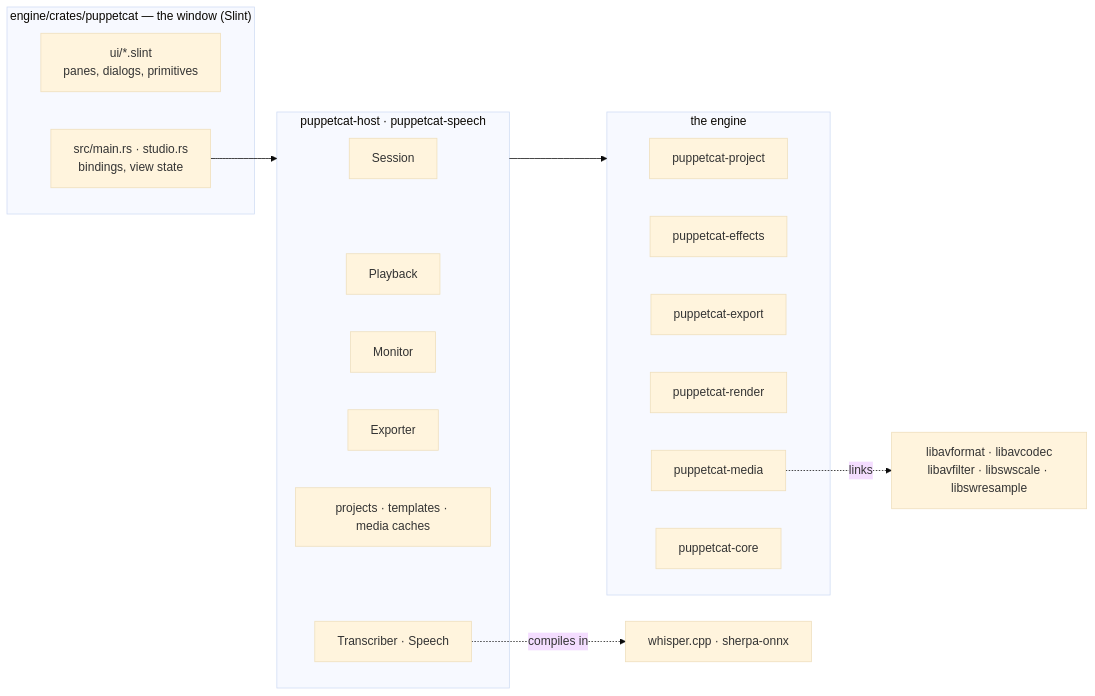
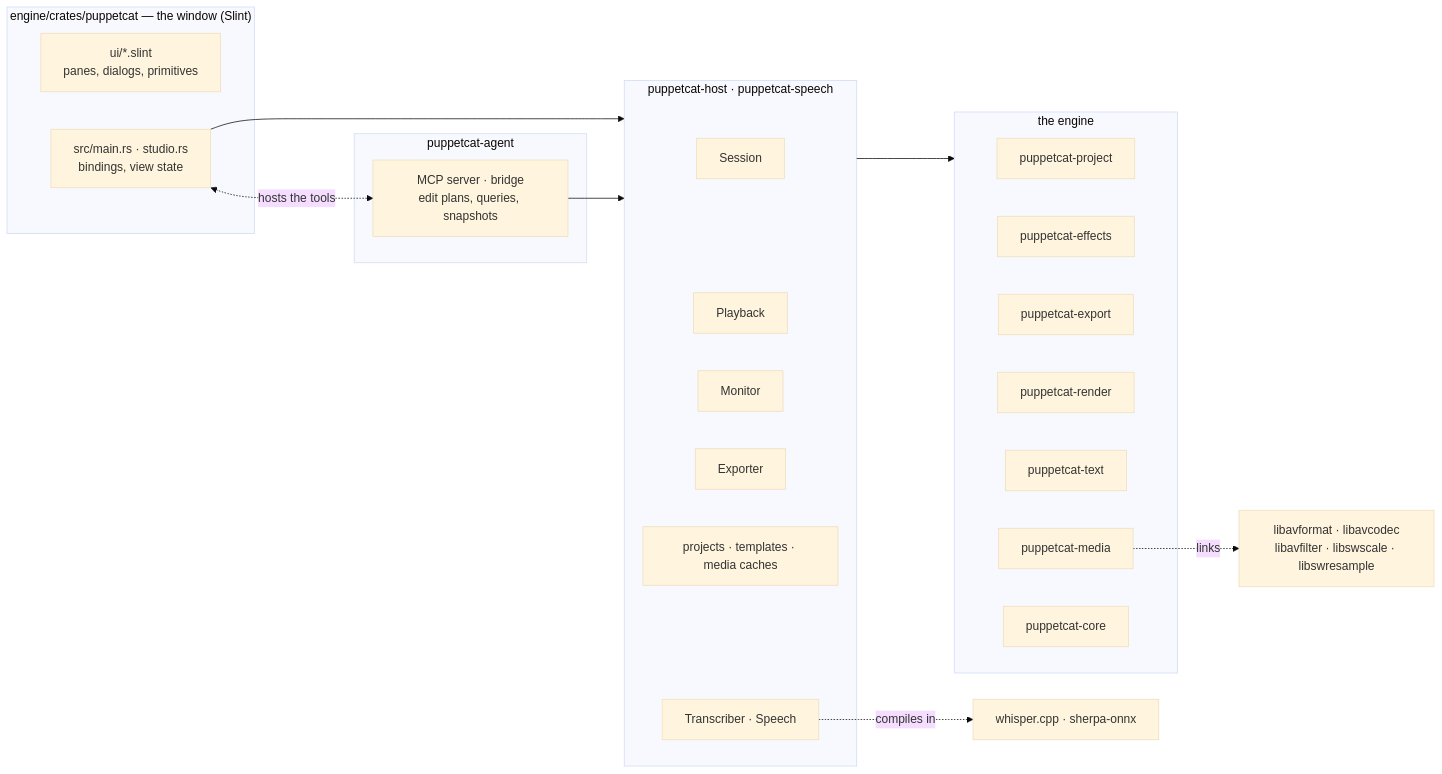
Before and after one commit to optimusdag/puppetcat: the first of 3 diagrams in ARCHITECTURE.md, drawn with Mermaid (base theme). The commit also changed other lines of this file and 2 other files, not shown here.

First line of the commit message:
Docs: new README tagline; bring ARCHITECTURE and engine README up to date

````diff
--- a/ARCHITECTURE.md
+++ b/ARCHITECTURE.md
@@ -11,27 +11,33 @@
 ```mermaid
 flowchart LR
     subgraph WINDOW["engine/crates/puppetcat — the window (Slint)"]
         UI["ui/*.slint<br/>panes, dialogs, primitives"]
         MAIN["src/main.rs · studio.rs<br/>bindings, view state"]
+    end
+    subgraph AGENT["puppetcat-agent"]
+        MCP["MCP server · bridge<br/>edit plans, queries, snapshots"]
     end
     subgraph HOST["puppetcat-host · puppetcat-speech"]
         SESSION[Session]
         PLAY[Playback]
         MON[Monitor]
         EXP[Exporter]
         PROJ["projects · templates · media caches"]
         SPEECH["Transcriber · Speech"]
     end
     subgraph ENGINE["the engine"]
         PROJECT[puppetcat-project]
         EFFECTS[puppetcat-effects]
         EXPORT[puppetcat-export]
         RENDER[puppetcat-render]
+        TEXT[puppetcat-text]
         MEDIA[puppetcat-media]
         CORE[puppetcat-core]
     end
     MAIN --> HOST
+    MAIN <-. hosts the tools .-> MCP
+    MCP --> HOST
     HOST --> ENGINE
     MEDIA -. links .-> FF["libavformat · libavcodec<br/>libavfilter · libswscale · libswresample"]
     SPEECH -. compiles in .-> W["whisper.cpp · sherpa-onnx"]
 ```
````
